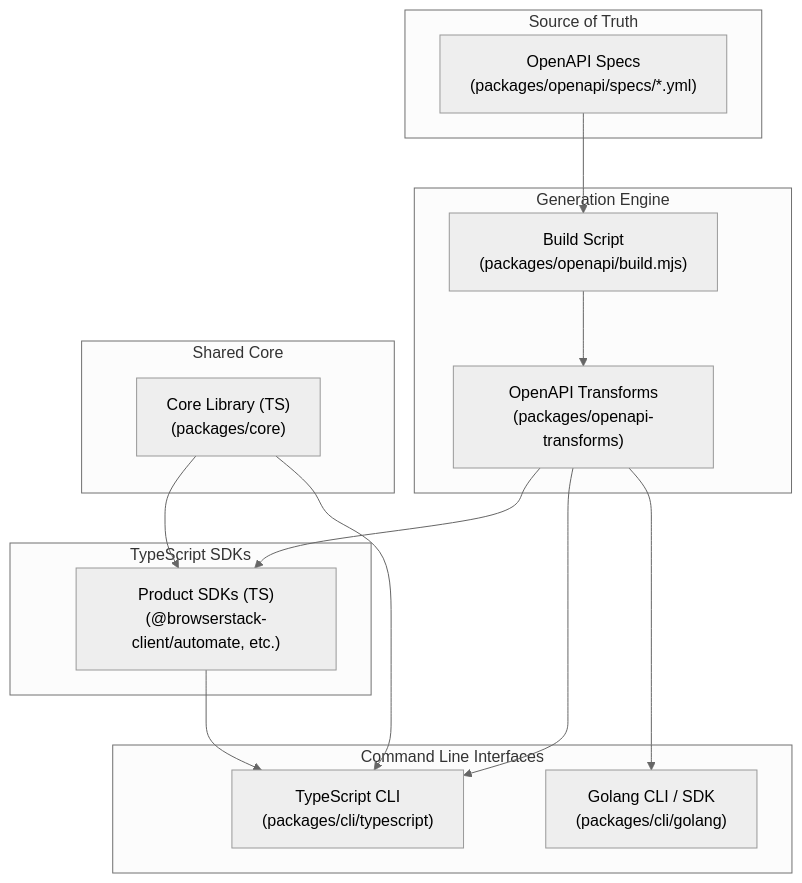
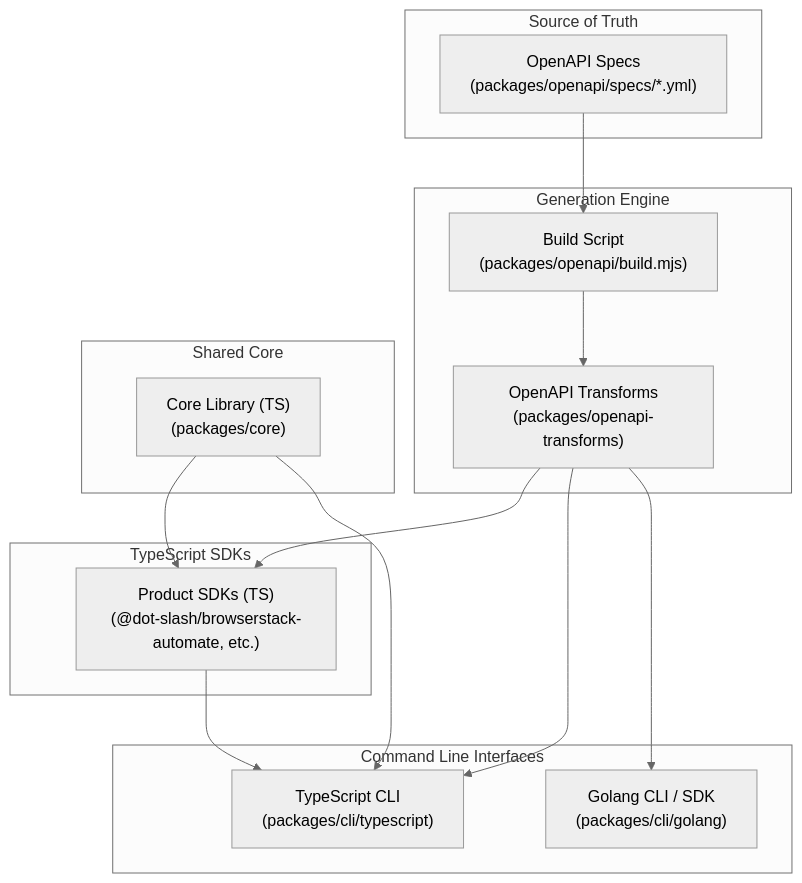
The diagram in docs/architecture.md (shirish87/browserstack-client), drawn with Mermaid (neutral theme) before and after one commit. The commit also changed 90 other files, not shown here.

Commit message:
chore: rename scope to @dot-slash, add dual ESM/CJS support, and bump to alpha.0

````diff
--- a/docs/architecture.md
+++ b/docs/architecture.md
@@ -9,36 +9,36 @@
 ```mermaid
 graph TD
     subgraph "Source of Truth"
         Specs["OpenAPI Specs<br/>(packages/openapi/specs/*.yml)"]
     end
 
     subgraph "Generation Engine"
         Transforms["OpenAPI Transforms<br/>(packages/openapi-transforms)"]
         Build["Build Script<br/>(packages/openapi/build.mjs)"]
     end
 
     subgraph "Shared Core"
         Core["Core Library (TS)<br/>(packages/core)"]
     end
 
     subgraph "TypeScript SDKs"
-        SDK_TS["Product SDKs (TS)<br/>(@browserstack-client/automate, etc.)"]
+        SDK_TS["Product SDKs (TS)<br/>(@dot-slash/browserstack-automate, etc.)"]
     end
 
     subgraph "Command Line Interfaces"
         CLI_TS["TypeScript CLI<br/>(packages/cli/typescript)"]
         CLI_GO["Golang CLI / SDK<br/>(packages/cli/golang)"]
     end
 
     %% Dependencies
     Specs --> Build
     Build --> Transforms
     Transforms --> SDK_TS
     Transforms --> CLI_TS
     Transforms --> CLI_GO
 
     Core --> SDK_TS
     Core --> CLI_TS
     
     SDK_TS --> CLI_TS
 ```
````
